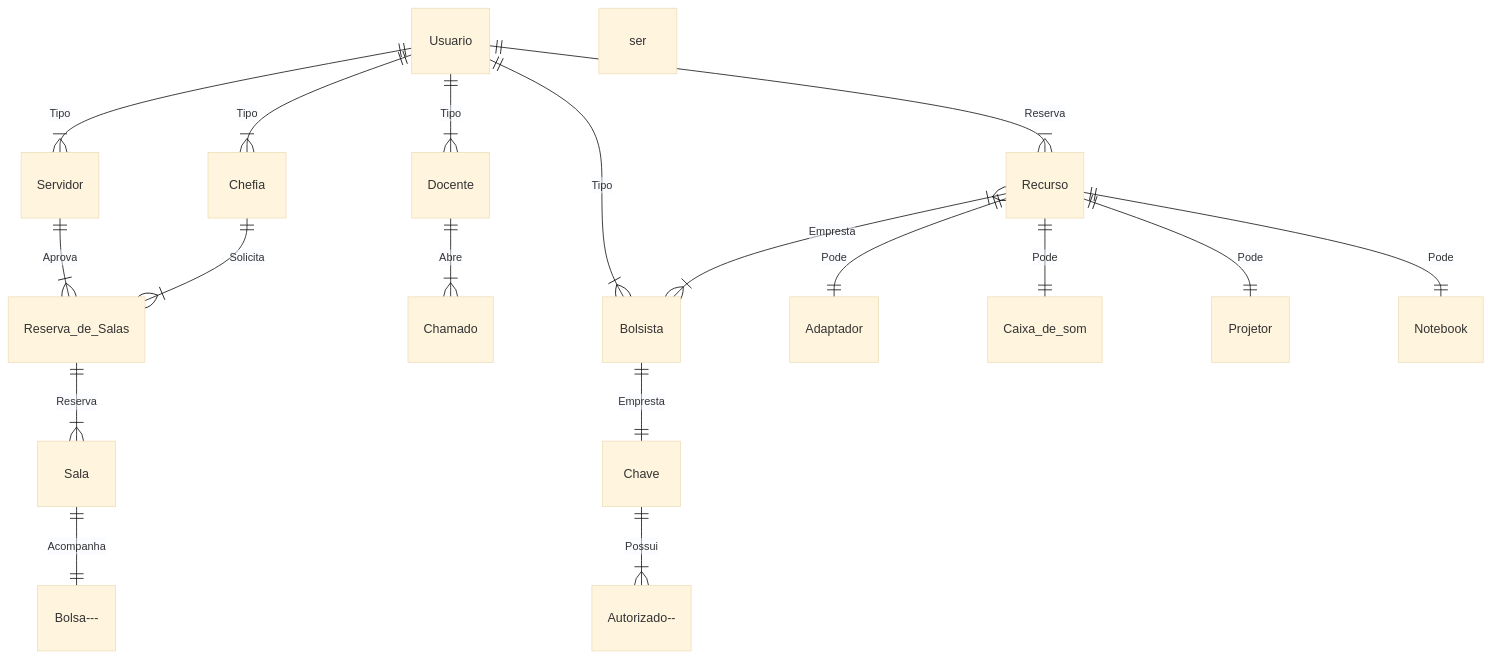
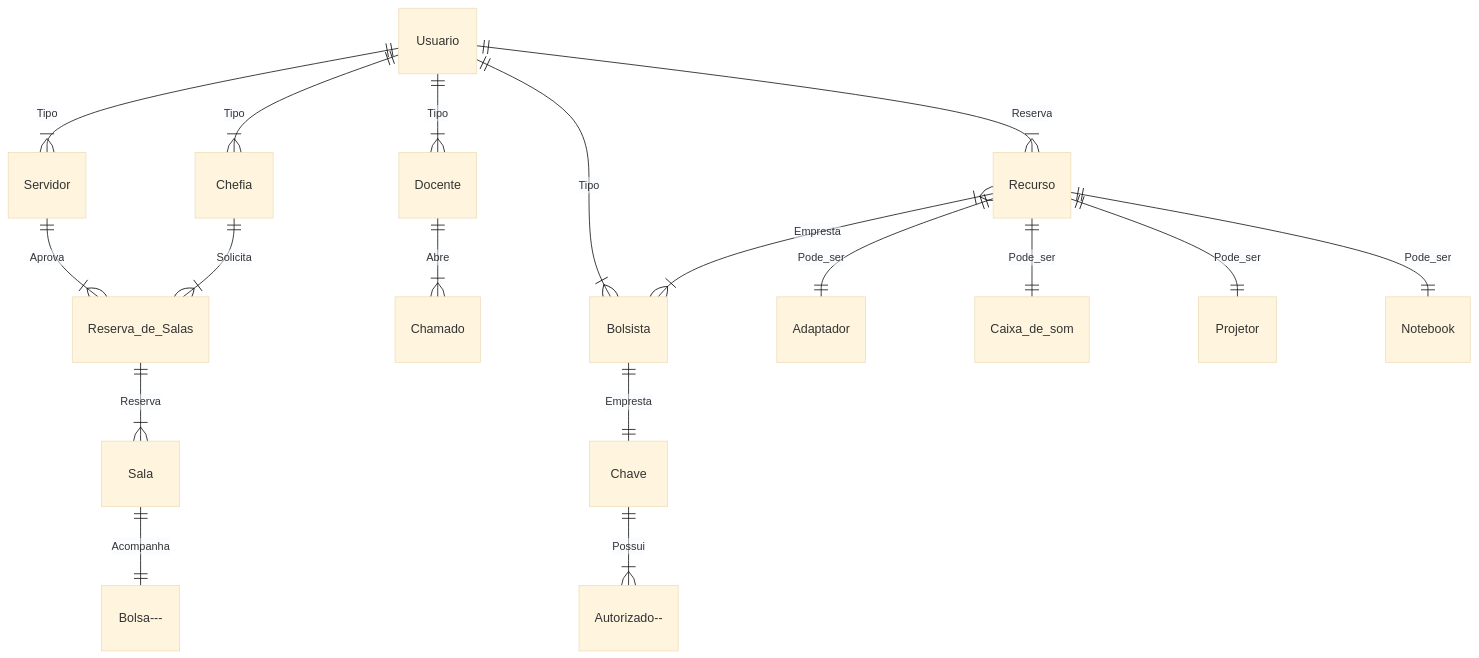
Before and after one commit to tgo-mas/SIGApoio: the diagram in docs/er-model.md, drawn with Mermaid (base theme). The commit also changed other lines of this file, not shown here.

Commit message:
Final version er-model.md (v0.1) #1

````diff
--- a/docs/er-model.md
+++ b/docs/er-model.md
@@ -23,23 +23,22 @@
 ```mermaid
 erDiagram
 Usuario ||--|{ Docente: Tipo
 Usuario ||--|{ Servidor: Tipo
 Usuario ||--|{ Bolsista: Tipo
 Usuario ||--|{ Chefia: Tipo
 
 Docente ||--|{ Chamado : Abre
 Servidor ||--|{ Reserva_de_Salas: Aprova 
 Reserva_de_Salas ||--|{ Sala : Reserva
 Sala ||--||  Bolsa--- :Acompanha
 Bolsista ||--|| Chave :Empresta
 Chave ||--|{ Autorizado-- :Possui
 Chefia  ||--|{Reserva_de_Salas: Solicita
 
 Usuario ||--|{ Recurso : Reserva
 Recurso }|--|{ Bolsista : Empresta 
-%% Muitos para muitos? 
-Recurso ||--|| Adaptador : Pode ser
-Recurso ||--|| Caixa_de_som: Pode ser
-Recurso ||--|| Projetor : Pode ser
-Recurso ||--|| Notebook : Pode ser 
+Recurso ||--|| Adaptador : Pode_ser
+Recurso ||--|| Caixa_de_som: Pode_ser
+Recurso ||--|| Projetor : Pode_ser
+Recurso ||--|| Notebook : Pode_ser 
 ```
````
